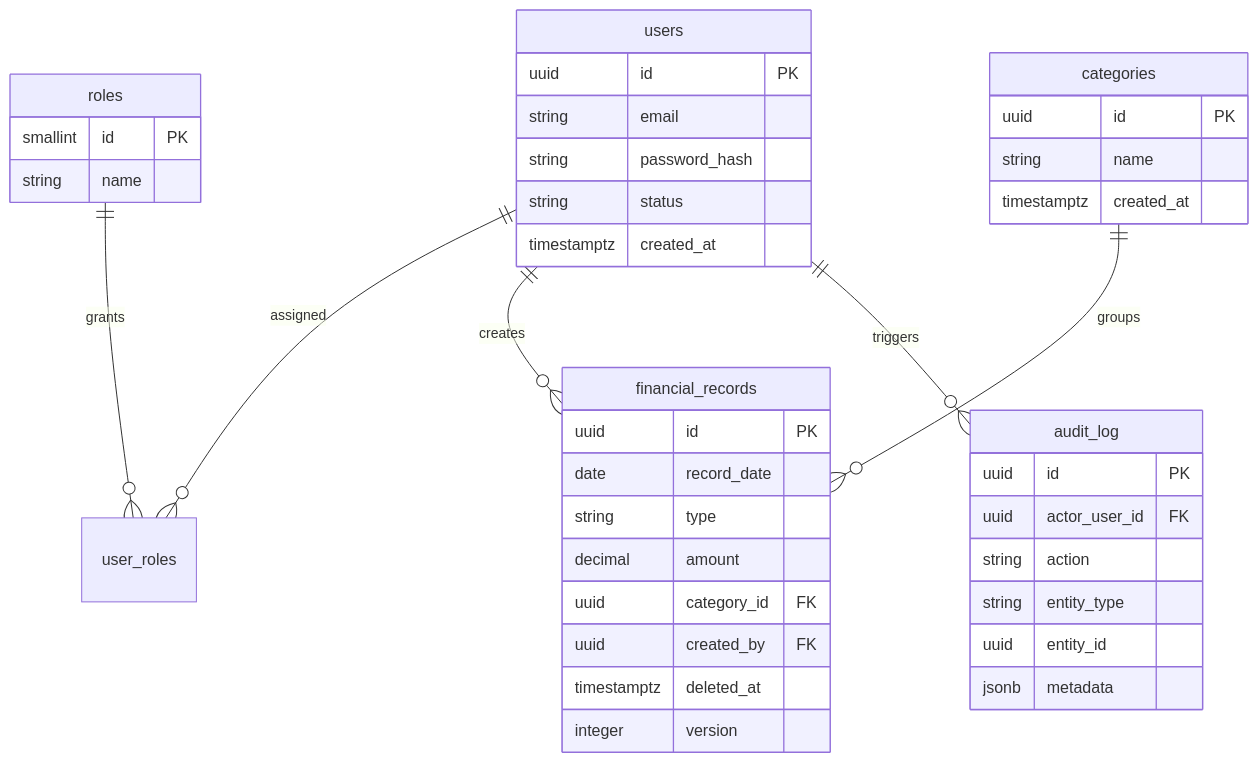
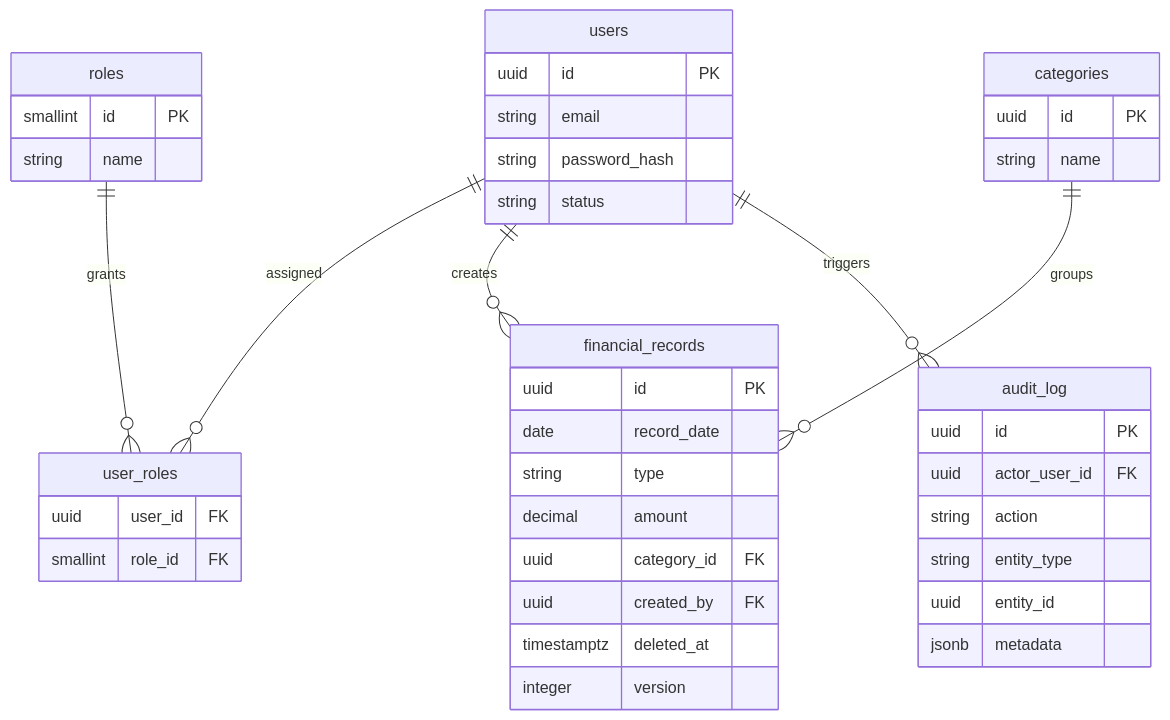
Before and after one commit to THARUN-RAJ-R/finance-dashboard: the second of 2 diagrams in README.md, drawn with Mermaid. The commit also changed other lines of this file, not shown here.

Commit message:
docs: streamline README, fix ERD many-to-many, and highlight test metrics

````diff
--- a/README.md
+++ b/README.md
@@ -54,47 +57,50 @@
 ```mermaid
 erDiagram
     users ||--o{ user_roles : "assigned"
     roles ||--o{ user_roles : "grants"
     users ||--o{ financial_records : "creates"
     categories ||--o{ financial_records : "groups"
     users ||--o{ audit_log : "triggers"
 
     users {
         uuid id PK
         string email
         string password_hash
         string status
-        timestamptz created_at
     }
     
     roles {
         smallint id PK
         string name
     }
 
+    user_roles {
+        uuid user_id FK
+        smallint role_id FK
+    }
+
     categories {
         uuid id PK
         string name
-        timestamptz created_at
     }
 
     financial_records {
         uuid id PK
         date record_date
         string type
         decimal amount
         uuid category_id FK
         uuid created_by FK
         timestamptz deleted_at
         integer version
     }
 
     audit_log {
         uuid id PK
         uuid actor_user_id FK
         string action
         string entity_type
         uuid entity_id
         jsonb metadata
     }
 ```
````
